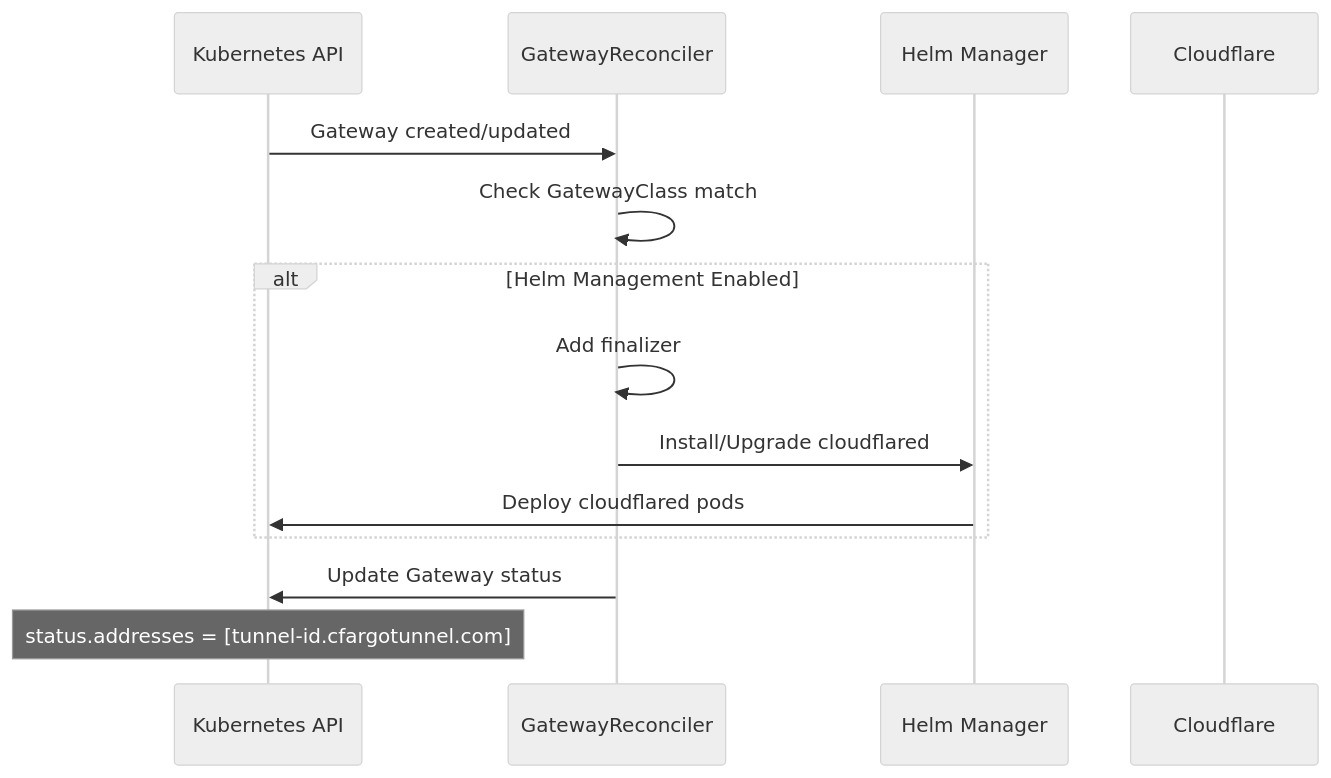
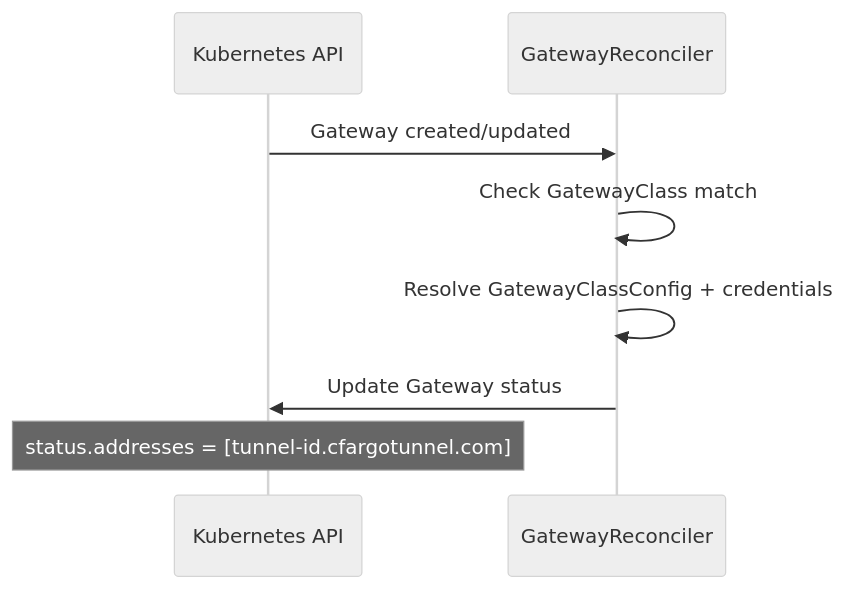
One commit to lexfrei/cloudflare-tunnel-gateway-controller changed the second of 7 diagrams in docs/development/architecture.md. Above: the diagram before and after it, drawn with Mermaid (neutral theme). The commit also changed other lines of this file and 1906 other files, not shown here.

````diff
--- a/docs/development/architecture.md
+++ b/docs/development/architecture.md
@@ -116,17 +106,11 @@
 ```mermaid
 sequenceDiagram
     participant K8s as Kubernetes API
     participant GR as GatewayReconciler
-    participant Helm as Helm Manager
-    participant CF as Cloudflare
 
     K8s->>GR: Gateway created/updated
     GR->>GR: Check GatewayClass match
-    alt Helm Management Enabled
-        GR->>GR: Add finalizer
-        GR->>Helm: Install/Upgrade cloudflared
-        Helm->>K8s: Deploy cloudflared pods
-    end
+    GR->>GR: Resolve GatewayClassConfig + credentials
     GR->>K8s: Update Gateway status
     Note over K8s: status.addresses = [tunnel-id.cfargotunnel.com]
 ```
````
